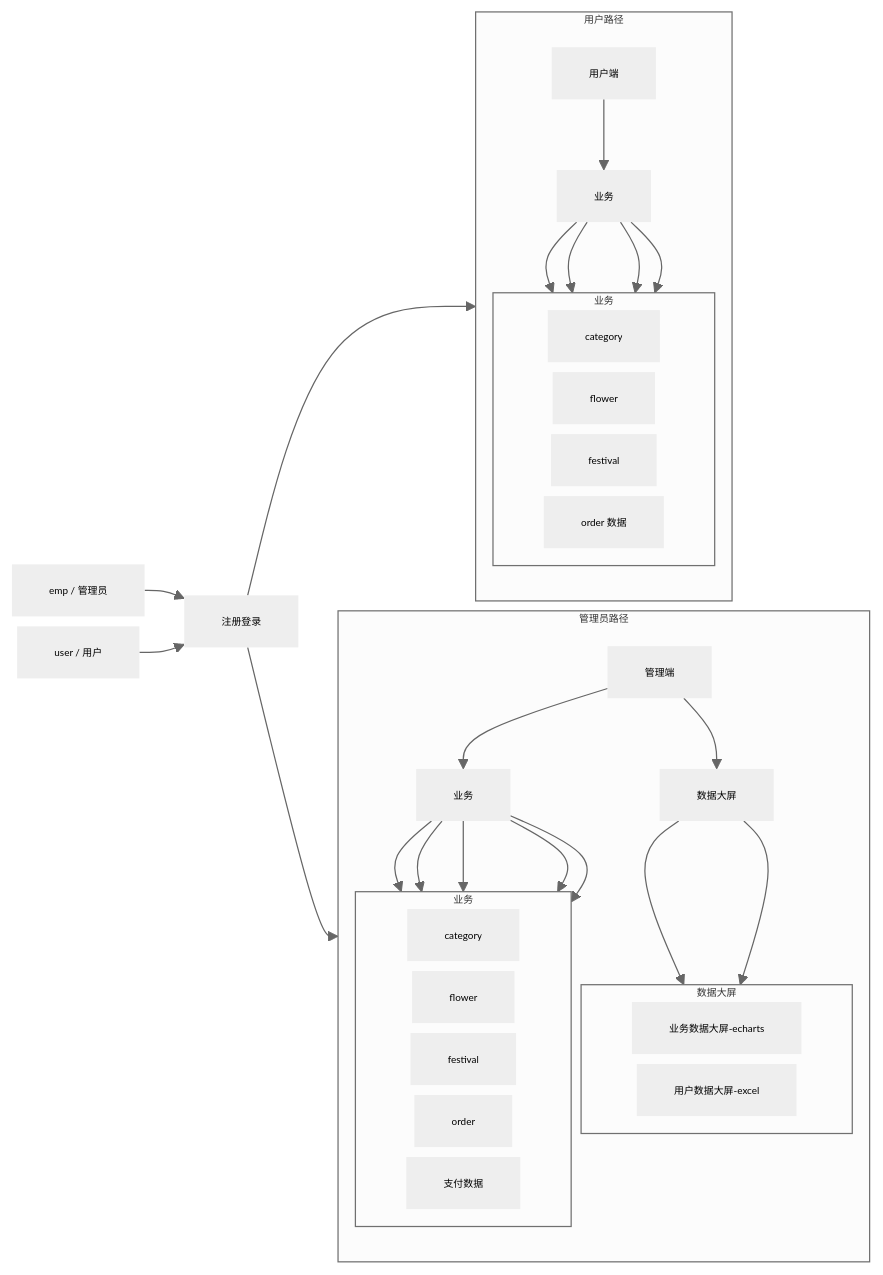
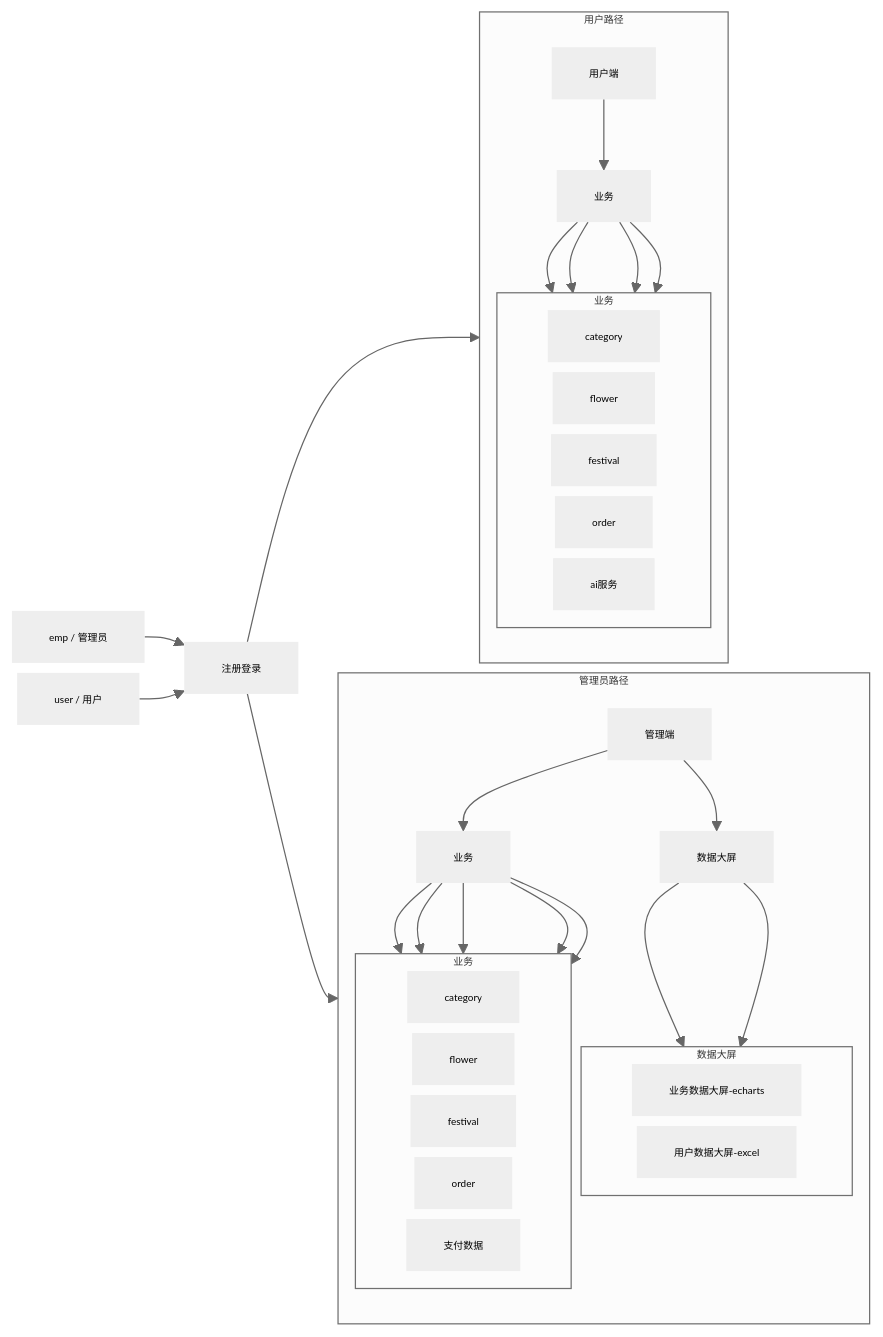
Before and after one commit to 1reaikeyi/flowerpayment-ai: the second of 7 diagrams in README.md, drawn with Mermaid. The commit also changed other lines of this file and 11 other files, not shown here.

````diff
--- a/README.md
+++ b/README.md
@@ -90,66 +89,67 @@
 ```mermaid
 %%{init: {'theme':'neutral','themeVariables':{'fontSize':'8px','nodeBorder':'2px'},'flowchart':{'nodeSpacing':8,'rankSpacing':32,'useMaxWidth':false,'curve':'basis'}}}%%
 flowchart LR
 
     %% ============ 入口（平行）============
     EMP["emp / 管理员"]
     USE["user / 用户"]
     LOGIN["注册登录"]
 
     %% ============ 管理员路径 ============
     subgraph ADMIN ["管理员路径"]
         direction TB
         AD["管理端"]
         A["数据大屏"]
         B["业务"]
 
         subgraph AA ["数据大屏"]
             direction LR
             A1["业务数据大屏-echarts"]
             A2["用户数据大屏-excel"]
         end
 
         subgraph BB ["业务"]
             direction LR
             B1["category"]
             B2["flower"]
             B3["festival"]
             B4["order"]
             B5["支付数据"]
         end
     end
 
     %% ============ 用户路径 ============
     subgraph USER ["用户路径"]
         direction TB
         U["用户端"]
 		S["业务"]
         subgraph SS ["业务"]
             direction LR
             U1["category"]
             U2["flower"]
             U3["festival"]
-            U4["order 数据"]
+            U4["order"]
+            U5["ai服务"]
         end
     end
 
     %% ============ 箭头 ============
     EMP --> LOGIN
     USE --> LOGIN
     LOGIN --> AD
     AD --> A
     AD --> B
     A --> A1
     A --> A2
     B --> B1
     B --> B2
     B --> B3
     B --> B4
     B --> B5
     LOGIN --> U
     U --> S
     S --> U1
     S --> U2
     S --> U3
     S --> U4
 ```
````
